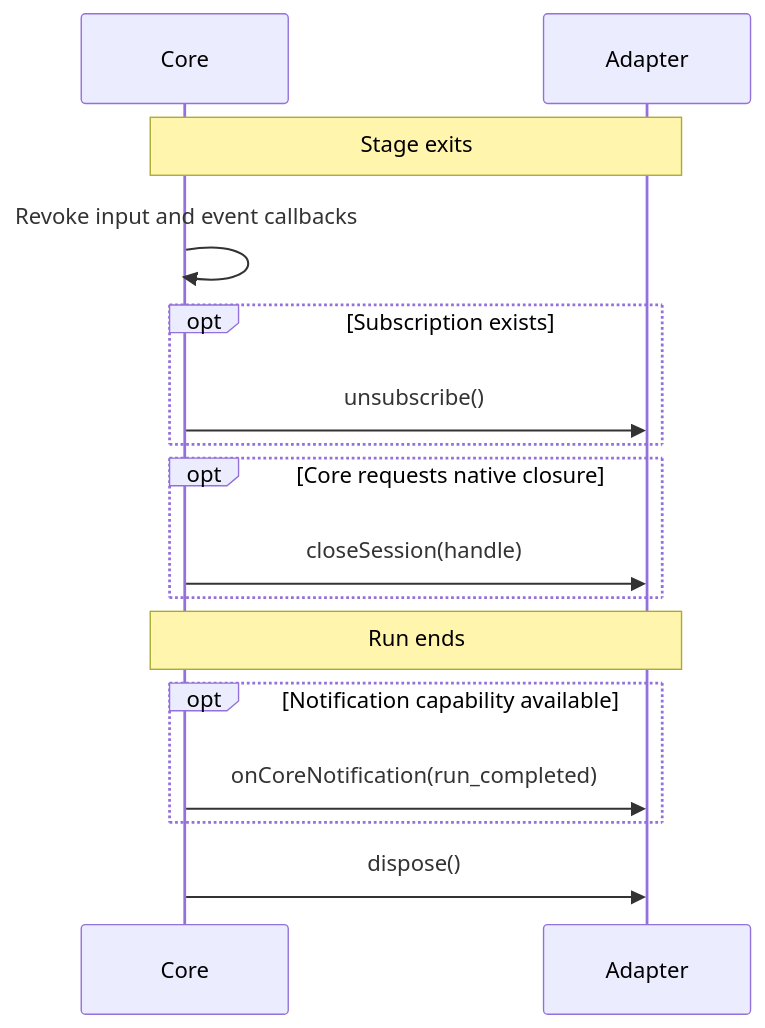
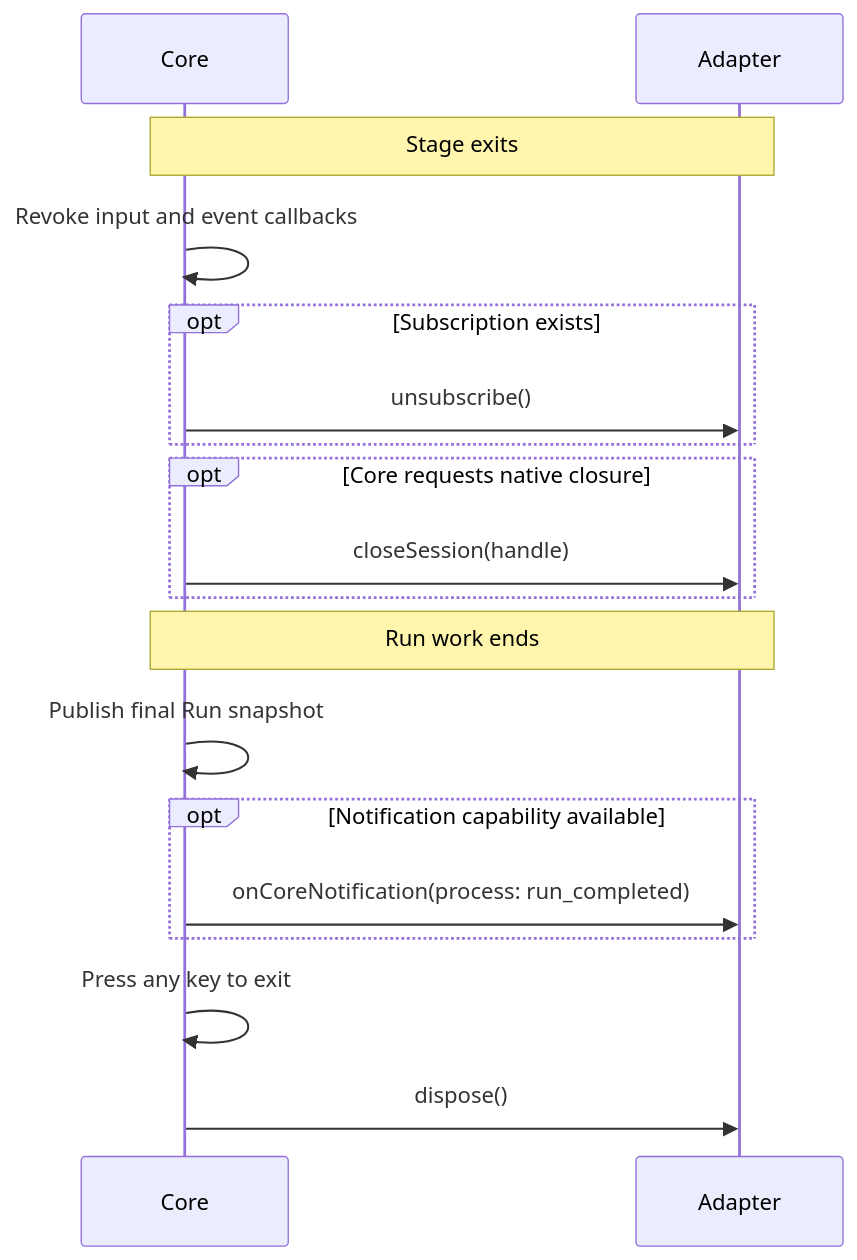
One commit to BuddyLabsCo/issue-runner-core changed the sixth of 6 diagrams in docs/terminal-contract.md. Above: the diagram before and after it, drawn with Mermaid. The commit also changed other lines of this file, not shown here.

````diff
--- a/docs/terminal-contract.md
+++ b/docs/terminal-contract.md
@@ -589,18 +571,20 @@
 ```mermaid
 sequenceDiagram
     participant Core
     participant Adapter
     Note over Core,Adapter: Stage exits
     Core->>Core: Revoke input and event callbacks
     opt Subscription exists
         Core->>Adapter: unsubscribe()
     end
     opt Core requests native closure
         Core->>Adapter: closeSession(handle)
     end
-    Note over Core,Adapter: Run ends
+    Note over Core,Adapter: Run work ends
+    Core->>Core: Publish final Run snapshot
     opt Notification capability available
-        Core->>Adapter: onCoreNotification(run_completed)
+        Core->>Adapter: onCoreNotification(process: run_completed)
     end
+    Core->>Core: Press any key to exit
     Core->>Adapter: dispose()
 ```
````
